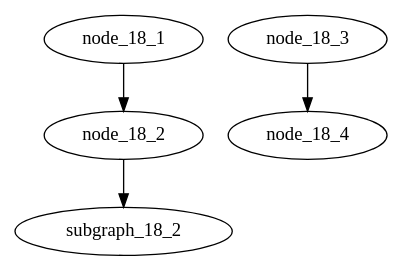
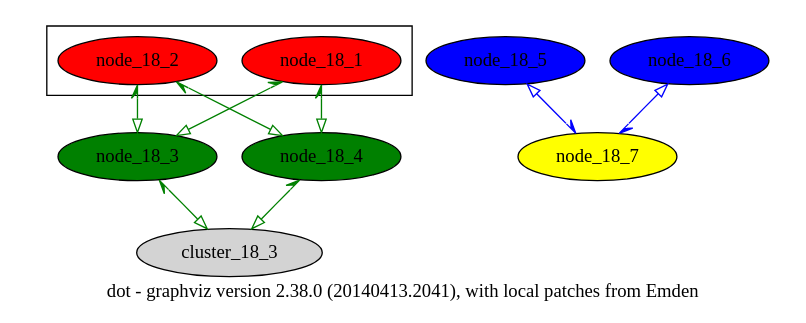
One commit to graphviz-perl/GraphViz2-Marpa changed the diagram in data/18.gv. Above: the diagram before and after it, drawn with Graphviz. The commit also changed 2 other files, not shown here.

Commit message:
Fix the empty string problem

```diff
--- a/data/18.gv
+++ b/data/18.gv
@@ -1,21 +1,62 @@
 digraph graph_18
 {
-	subgraph subgraph_18_1
+	label = "dot - graphviz version 2.38.0 (20140413.2041), with local patches from Emden"
+
+	node [style = filled]
+
+	# Subgraph 1.
+
+	subgraph cluster_18_1
 	{
-		node_18_1 [fillcolor = red]
+		label = ""
+
+		node [fillcolor = red]
+
+		node_18_1
+		node_18_2
 	}
+
 	->
+
 	subgraph
 	{
-		node_18_2 [fillcolor = green]
+		node [fillcolor = green]
+
+		node_18_3
+		node_18_4
 	}
+
 	->
-	subgraph_18_2
+
+	cluster_18_3
+
+	[
+		arrowhead = "empty",
+		arrowtail = "halfopen"
+		color     = green
+		dir       = "both",
+	]
+
+	# The above is just a node, because without the literal 'subgraph',
+	# it does not represent the name of the following subgraph.
+
+	# Subgraph 3.
+
 	{
-		node_18_3 [fillcolor = blue]
+		node_18_5 [fillcolor = blue]
+		node_18_6 [fillcolor = blue]
 	}
+
 	->
+
 	{
-		node_18_4 [fillcolor = maroon]
+		node_18_7 [fillcolor = yellow]
 	}
+
+	[
+		arrowhead = "halfopen",
+		arrowtail = "empty"
+		color     = blue
+		dir       = "both",
+	]
 }
```
